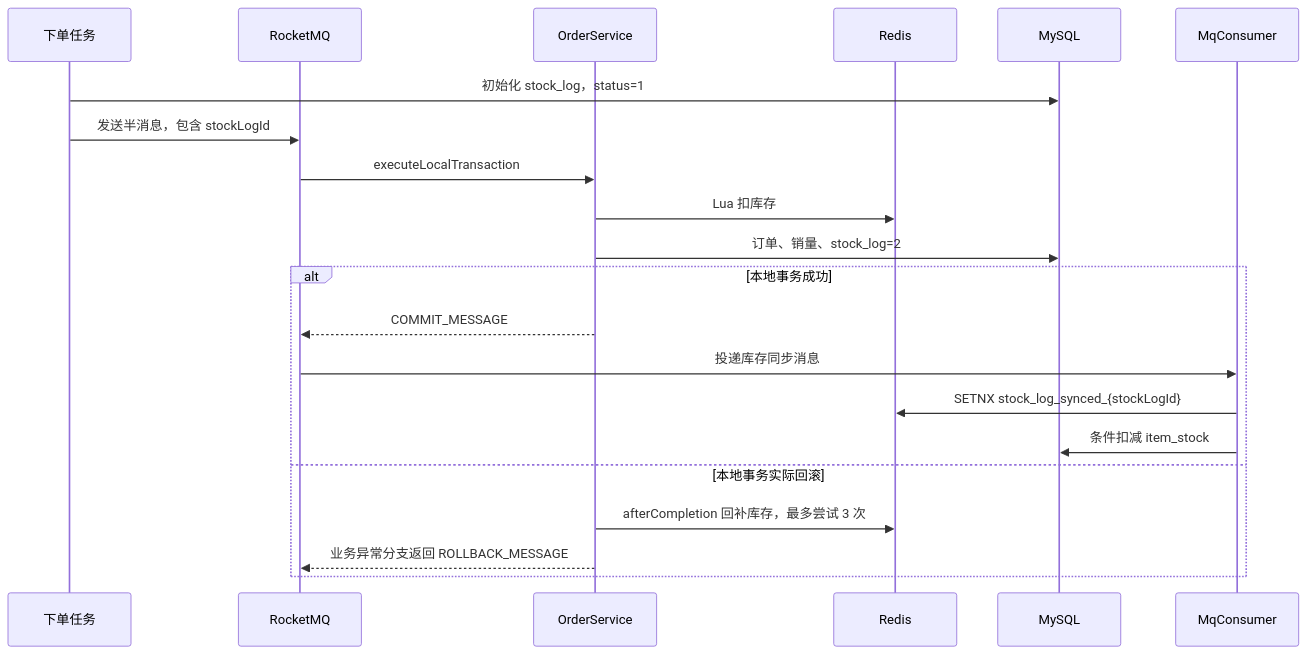
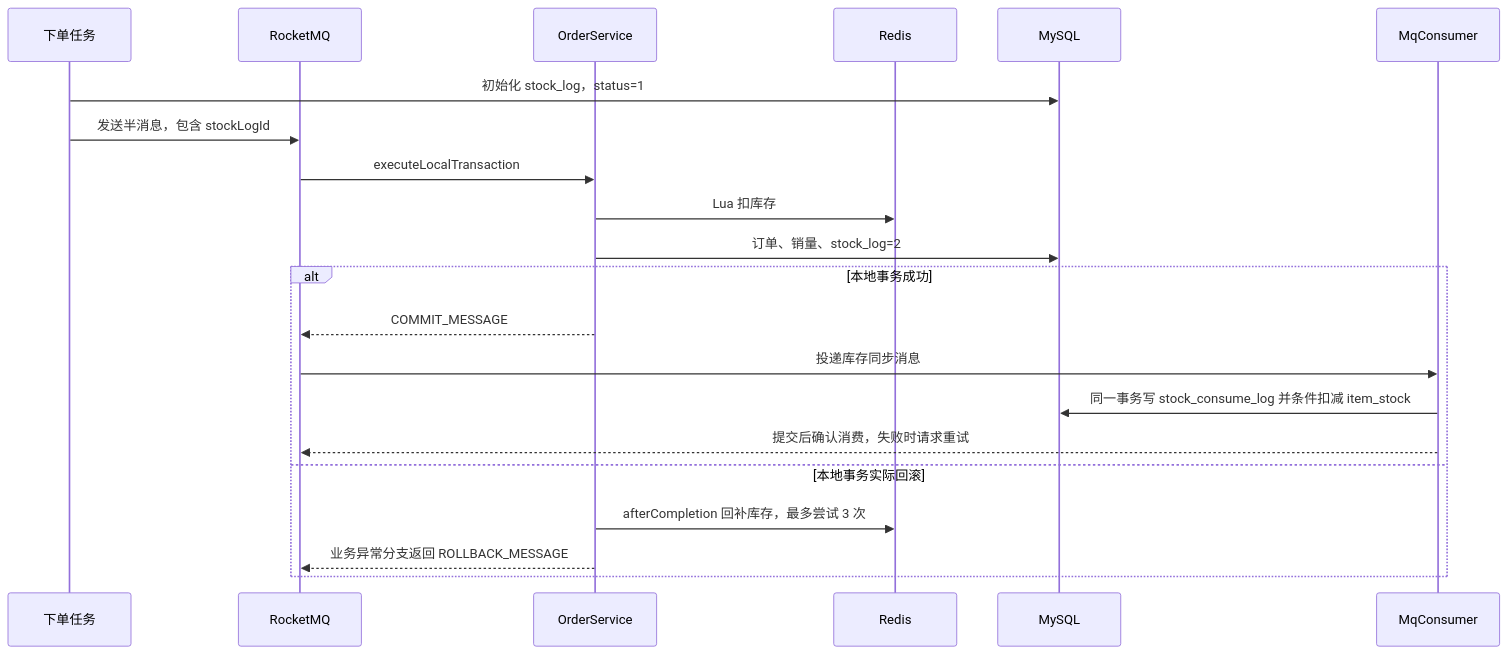
One commit to xxneverstop/miaosha changed the second of 2 diagrams in README.md. Above: the diagram before and after it, drawn with Mermaid. The commit also changed other lines of this file and 23 other files, not shown here.

````diff
--- a/README.md
+++ b/README.md
@@ -112,23 +112,23 @@
 ```mermaid
 sequenceDiagram
     participant C as 下单任务
     participant MQ as RocketMQ
     participant S as OrderService
     participant R as Redis
     participant DB as MySQL
     participant W as MqConsumer
     C->>DB: 初始化 stock_log，status=1
     C->>MQ: 发送半消息，包含 stockLogId
     MQ->>S: executeLocalTransaction
     S->>R: Lua 扣库存
     S->>DB: 订单、销量、stock_log=2
     alt 本地事务成功
         S-->>MQ: COMMIT_MESSAGE
         MQ->>W: 投递库存同步消息
-        W->>R: SETNX stock_log_synced_{stockLogId}
-        W->>DB: 条件扣减 item_stock
+        W->>DB: 同一事务写 stock_consume_log 并条件扣减 item_stock
+        W-->>MQ: 提交后确认消费，失败时请求重试
     else 本地事务实际回滚
         S->>R: afterCompletion 回补库存，最多尝试 3 次
         S-->>MQ: 业务异常分支返回 ROLLBACK_MESSAGE
     end
 ```
````
